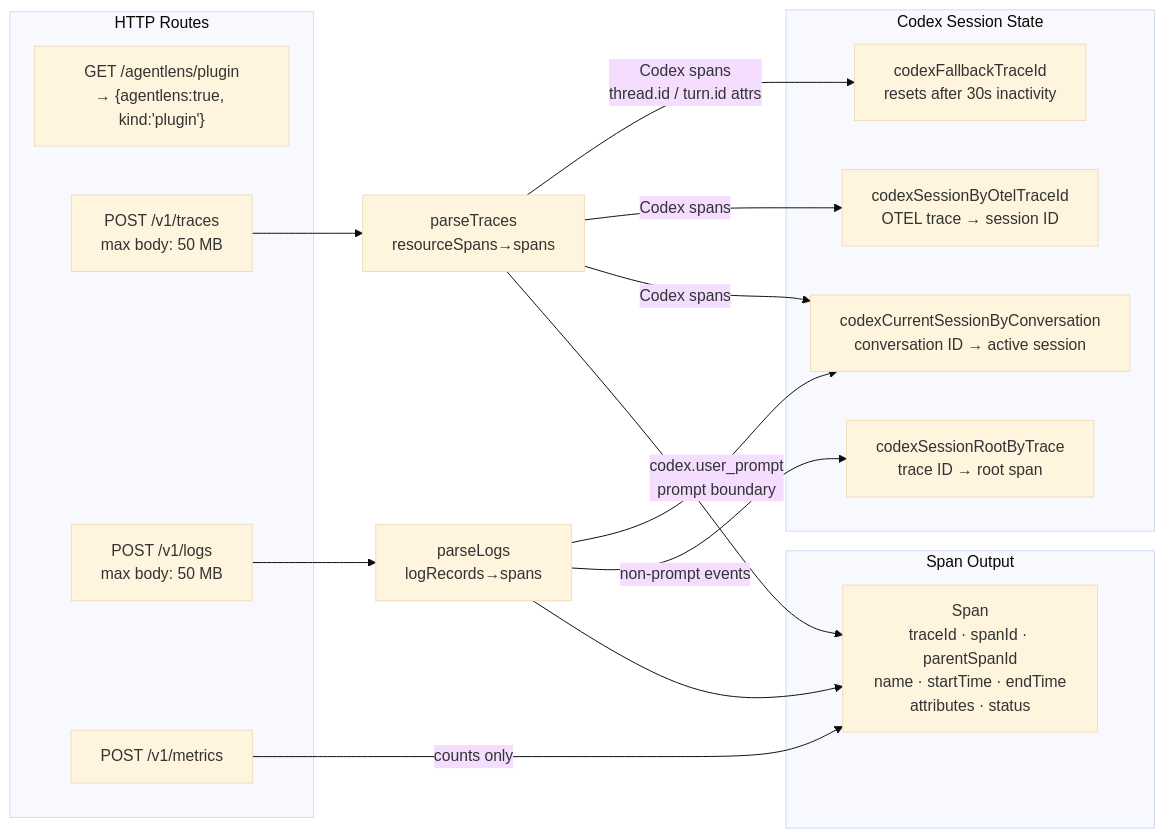
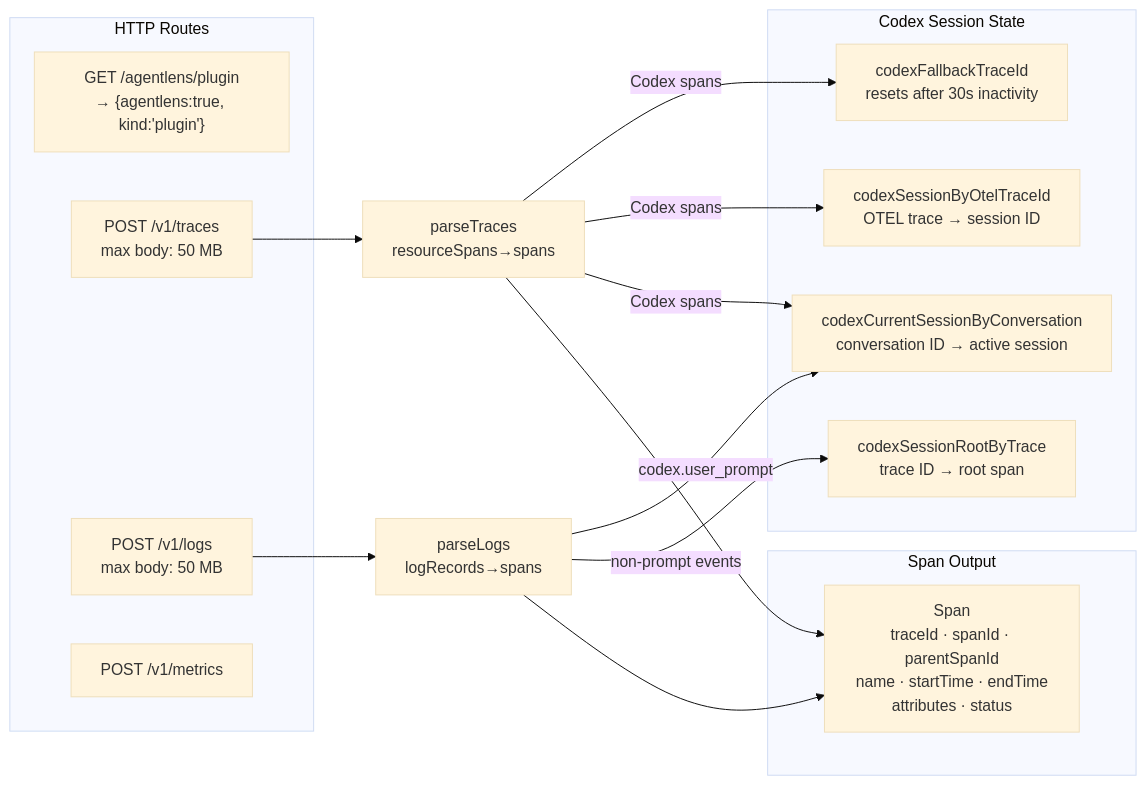
One commit to RogerReed/agentlens changed the fourth of 18 diagrams in ARCHITECTURE.md. Above: the diagram before and after it, drawn with Mermaid (base theme). The commit also changed other lines of this file, not shown here.

Commit message:
docs: rewrite ARCHITECTURE.md for phases 1–4 (SQLite storage, analytics, tab changes)

````diff
--- a/ARCHITECTURE.md
+++ b/ARCHITECTURE.md
@@ -143,33 +151,32 @@
 ```mermaid
 graph LR
     subgraph HTTP Routes
-        R1["GET /agentlens/plugin\n→ {agentlens:true, kind:'plugin'}"]
-        R2["POST /v1/traces\nmax body: 50 MB"]
-        R3["POST /v1/logs\nmax body: 50 MB"]
+        R1["GET /agentlens/plugin<br/>→ {agentlens:true, kind:'plugin'}"]
+        R2["POST /v1/traces<br/>max body: 50 MB"]
+        R3["POST /v1/logs<br/>max body: 50 MB"]
         R4["POST /v1/metrics"]
     end
 
     subgraph Codex Session State
-        S1[codexFallbackTraceId\nresets after 30s inactivity]
-        S2[codexSessionByOtelTraceId\nOTEL trace → session ID]
-        S3[codexCurrentSessionByConversation\nconversation ID → active session]
-        S4[codexSessionRootByTrace\ntrace ID → root span]
+        S1[codexFallbackTraceId<br/>resets after 30s inactivity]
+        S2[codexSessionByOtelTraceId<br/>OTEL trace → session ID]
+        S3[codexCurrentSessionByConversation<br/>conversation ID → active session]
+        S4[codexSessionRootByTrace<br/>trace ID → root span]
     end
 
     subgraph Span Output
-        SP[Span\ntraceId · spanId · parentSpanId\nname · startTime · endTime\nattributes · status]
+        SP[Span<br/>traceId · spanId · parentSpanId<br/>name · startTime · endTime<br/>attributes · status]
     end
 
-    R2 --> PT[parseTraces\nresourceSpans→spans]
-    R3 --> PL[parseLogs\nlogRecords→spans]
+    R2 --> PT[parseTraces<br/>resourceSpans→spans]
+    R3 --> PL[parseLogs<br/>logRecords→spans]
 
-    PT -- Codex spans\nthread.id / turn.id attrs --> S1
+    PT -- Codex spans --> S1
     PT -- Codex spans --> S2
     PT -- Codex spans --> S3
-    PL -- codex.user_prompt\nprompt boundary --> S3
+    PL -- codex.user_prompt --> S3
     PL -- non-prompt events --> S4
 
     PT --> SP
     PL --> SP
-    R4 --> |counts only| SP
 ```
````
